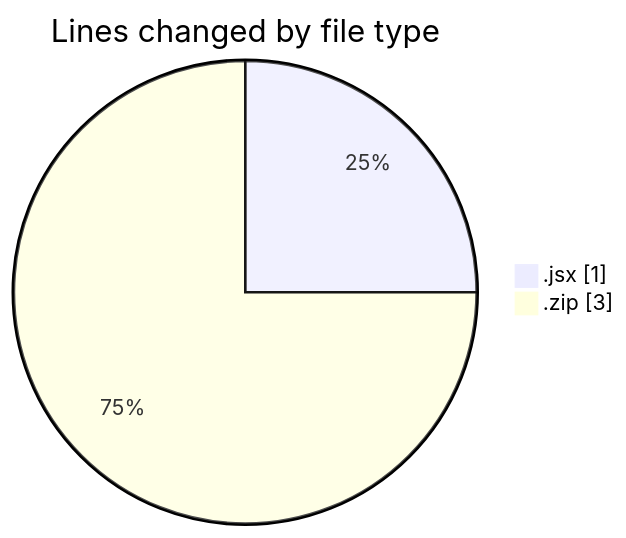
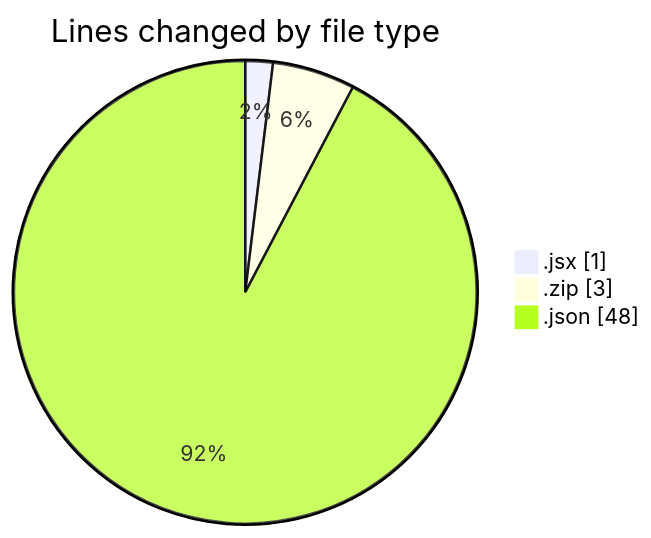
The first of 2 diagrams in 2025-09-02/multipages_website/README.md (IJAZ3593/code-tracking), drawn with Mermaid before and after one commit. The commit also changed other lines of this file and 1 other file, not shown here.

````diff
--- a/2025-09-02/multipages_website/README.md
+++ b/2025-09-02/multipages_website/README.md
@@ -21,6 +22,7 @@
 ```mermaid
 pie showData
 title Lines changed by file type
 ".jsx" : 1
 ".zip" : 3
+".json" : 48
 ```
````
